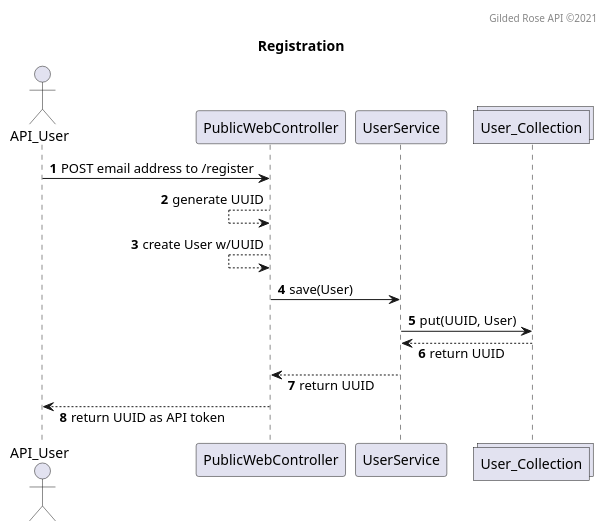
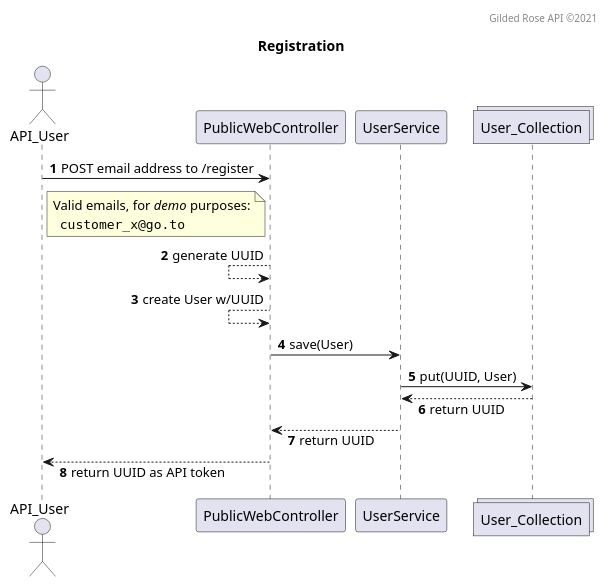
One commit to bladewheels/GildedRoseAPI changed the diagram in src/main/resources/seq.register.puml. Above: the diagram before and after it, drawn with PlantUML.

```diff
--- a/src/main/resources/seq.register.puml
+++ b/src/main/resources/seq.register.puml
@@ -1,21 +1,25 @@
 @startuml
 skinparam responseMessageBelowArrow true
 autonumber
 
 title Registration
 header Gilded Rose API ©2021
 
 actor API_User
 participant PublicWebController
 participant UserService
 collections User_Collection
 
 API_User -> PublicWebController : POST email address to /register
+note right of API_User
+ Valid emails, for //demo// purposes:
+   ""customer_x@go.to""
+end note
 PublicWebController <-- PublicWebController : generate UUID
 PublicWebController <-- PublicWebController : create User w/UUID
 PublicWebController -> UserService : save(User)
 UserService -> User_Collection : put(UUID, User)
 UserService <-- User_Collection : return UUID
 PublicWebController <-- UserService : return UUID
 API_User <-- PublicWebController : return UUID as API token
 @enduml
```
